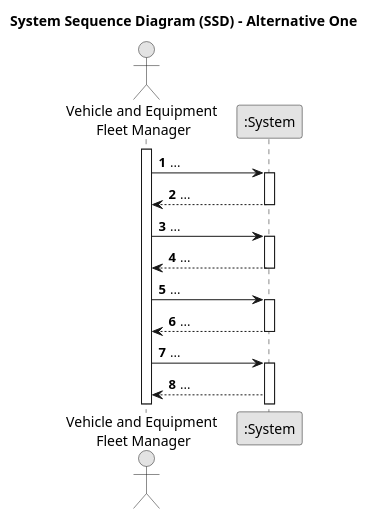
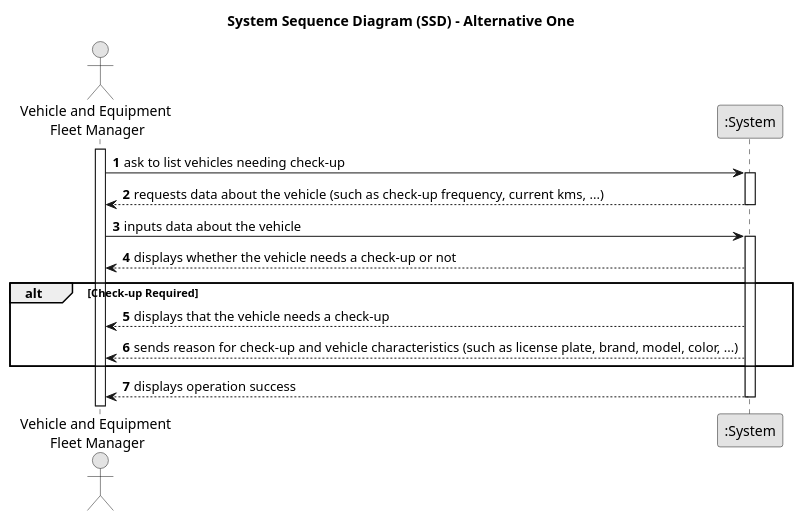
The diagram in docs/sprintA/us008/01.requirements-engineering/puml/us008-system-sequence-diagram-alternative-one.puml (daniel41silva05/ISEP_2023_2024_LAPR2), drawn with PlantUML before and after one commit. The commit also changed 4 other files, not shown here.

```diff
--- a/docs/sprintA/us008/01.requirements-engineering/puml/us008-system-sequence-diagram-alternative-one.puml
+++ b/docs/sprintA/us008/01.requirements-engineering/puml/us008-system-sequence-diagram-alternative-one.puml
@@ -1,38 +1,34 @@
 @startuml
 skinparam monochrome true
 skinparam packageStyle rectangle
 skinparam shadowing false
 
 title System Sequence Diagram (SSD) - Alternative One
 
 autonumber
 
 actor "Vehicle and Equipment \nFleet Manager" as Employee
 participant ":System" as System
 
 activate Employee
 
-    Employee -> System : ...
+    Employee -> System : ask to list vehicles needing check-up
     activate System
 
-        System --> Employee : ...
+        System --> Employee : requests data about the vehicle (such as check-up frequency, current kms, ...)
+
     deactivate System
 
-    Employee -> System : ...
+    Employee -> System : inputs data about the vehicle
     activate System
 
-        System --> Employee : ...
+    System --> Employee : displays whether the vehicle needs a check-up or not
+        alt Check-up Required
+            System --> Employee : displays that the vehicle needs a check-up
+            System --> Employee : sends reason for check-up and vehicle characteristics (such as license plate, brand, model, color, ...)
+        end
+        System --> Employee : displays operation success
+
     deactivate System
 
-    Employee -> System : ...
-    activate System
-
-        System --> Employee : ...
-    deactivate System
-
-    Employee -> System : ...
-    activate System
-
-        System --> Employee : ...
-
 @enduml
```
